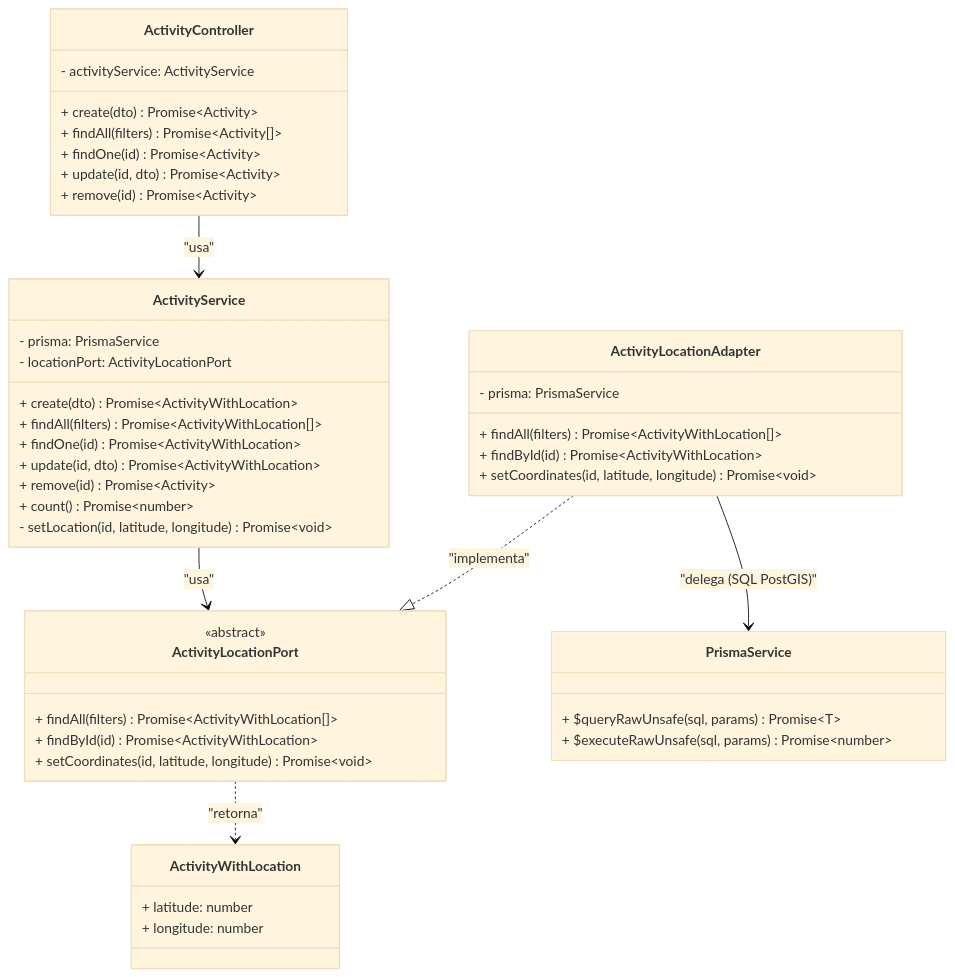
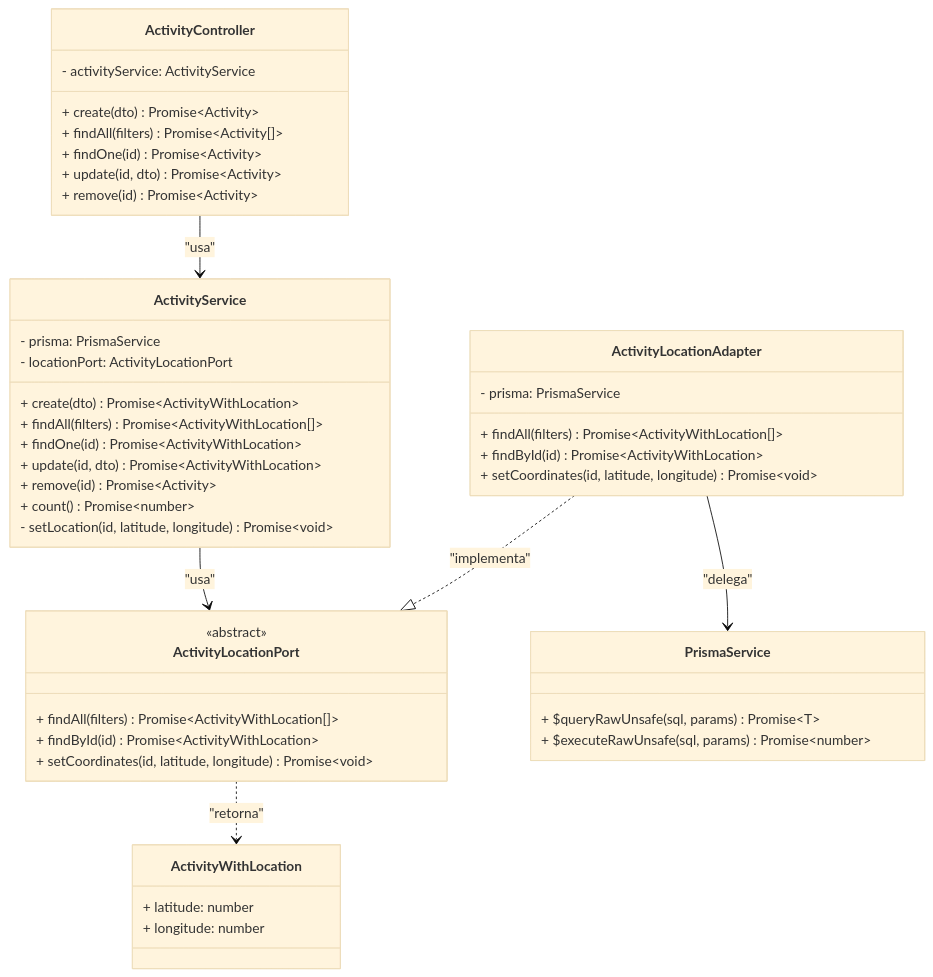
The second of 3 diagrams in docs/patrones-estructurales/justificacion.md (CaroDevs/Grupo1_Reto1_EventosMedellin), drawn with Mermaid (base theme) before and after one commit.

Commit message:
Update justificacion Adapter.md

````diff
--- a/docs/patrones-estructurales/justificacion.md
+++ b/docs/patrones-estructurales/justificacion.md
@@ -99,49 +99,49 @@
 ```mermaid
 classDiagram
     class ActivityController {
         - activityService: ActivityService
         + create(dto) Promise~Activity~
         + findAll(filters) Promise~Activity[]~
         + findOne(id) Promise~Activity~
         + update(id, dto) Promise~Activity~
         + remove(id) Promise~Activity~
     }
     class ActivityService {
         - prisma: PrismaService
         - locationPort: ActivityLocationPort
         + create(dto) Promise~ActivityWithLocation~
         + findAll(filters) Promise~ActivityWithLocation[]~
         + findOne(id) Promise~ActivityWithLocation~
         + update(id, dto) Promise~ActivityWithLocation~
         + remove(id) Promise~Activity~
         + count() Promise~number~
         - setLocation(id, latitude, longitude) Promise~void~
     }
     class ActivityLocationPort {
         <<abstract>>
         + findAll(filters) Promise~ActivityWithLocation[]~
         + findById(id) Promise~ActivityWithLocation~
         + setCoordinates(id, latitude, longitude) Promise~void~
     }
     class ActivityLocationAdapter {
         - prisma: PrismaService
         + findAll(filters) Promise~ActivityWithLocation[]~
         + findById(id) Promise~ActivityWithLocation~
         + setCoordinates(id, latitude, longitude) Promise~void~
     }
     class ActivityWithLocation {
         + latitude: number
         + longitude: number
     }
     class PrismaService {
         + $queryRawUnsafe(sql, params) Promise~T~
         + $executeRawUnsafe(sql, params) Promise~number~
     }
     ActivityController --> ActivityService : "usa"
     ActivityService --> ActivityLocationPort : "usa"
     ActivityLocationAdapter ..|> ActivityLocationPort : "implementa"
-    ActivityLocationAdapter --> PrismaService : "delega (SQL PostGIS)"
+    ActivityLocationAdapter --> PrismaService : "delega"
     ActivityLocationPort ..> ActivityWithLocation : "retorna"
 
 
 ```
````
